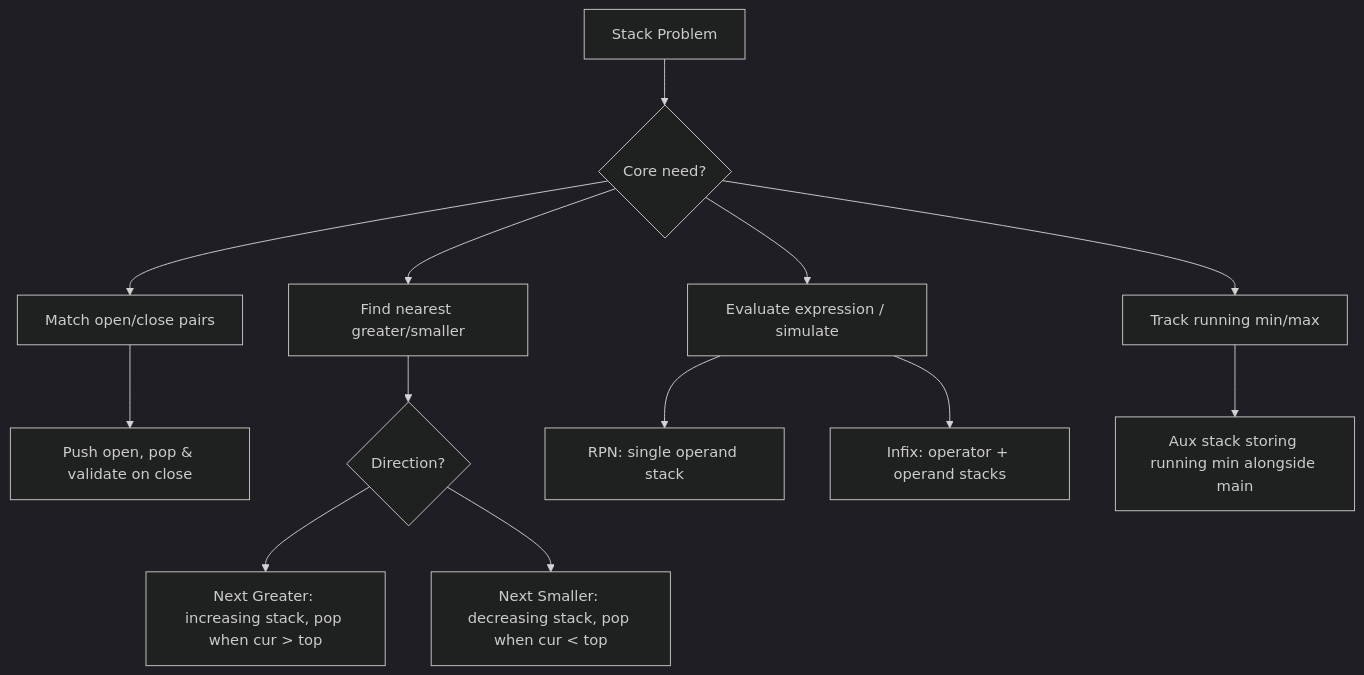
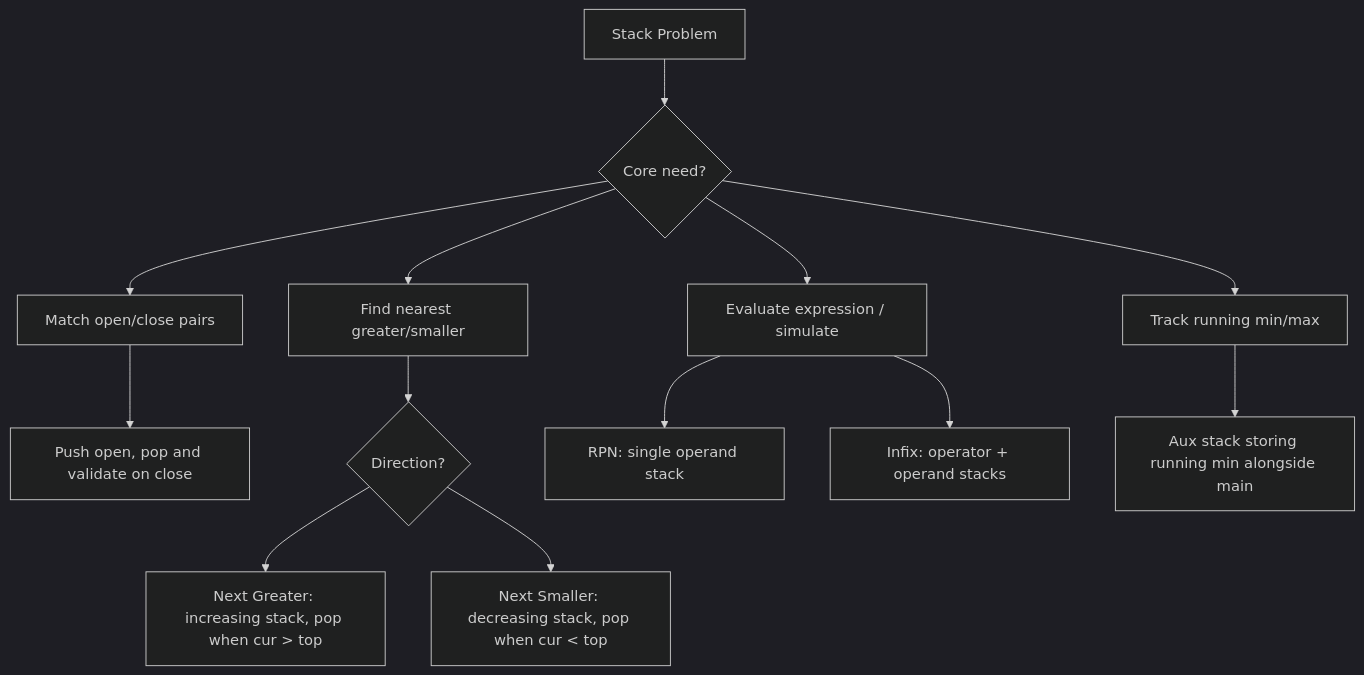
The diagram in stack/NOTES.md (deepanshu-rawat6/AlgoAtlas), drawn with Mermaid (dark theme) before and after one commit. The commit also changed 3 other files, not shown here.

First line of the commit message:
fix: fix mermaid v11 syntax errors across all    pattern diagrams

````diff
--- a/stack/NOTES.md
+++ b/stack/NOTES.md
@@ -16,16 +16,16 @@
 ```mermaid
 flowchart TD
     A[Stack Problem] --> B{Core need?}
     B --> C[Match open/close pairs]
     B --> D[Find nearest greater/smaller]
     B --> E[Evaluate expression / simulate]
     B --> F[Track running min/max]
 
-    C --> C1[Push open, pop & validate on close]
+    C --> C1["Push open, pop and validate on close"]
     D --> D1{Direction?}
     D1 --> D2[Next Greater: increasing stack, pop when cur > top]
     D1 --> D3[Next Smaller: decreasing stack, pop when cur < top]
     E --> E1[RPN: single operand stack]
     E --> E2[Infix: operator + operand stacks]
     F --> F1[Aux stack storing running min alongside main]
 ```
````
